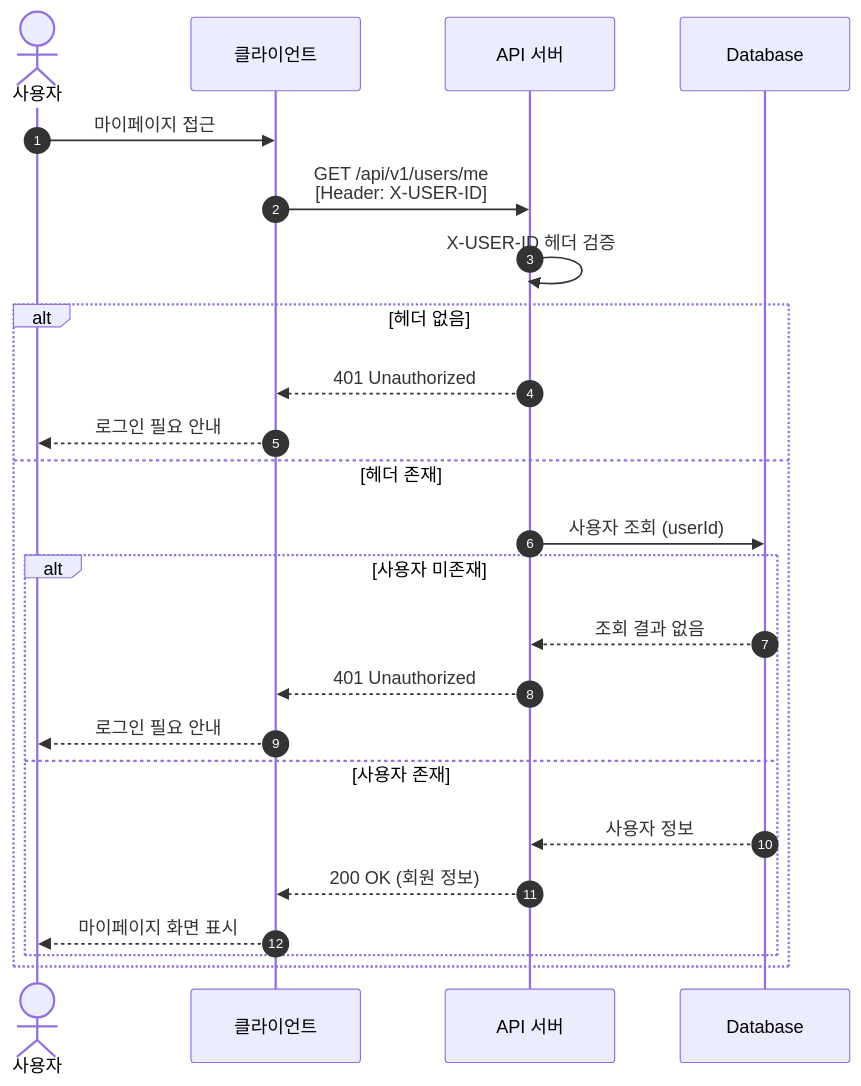
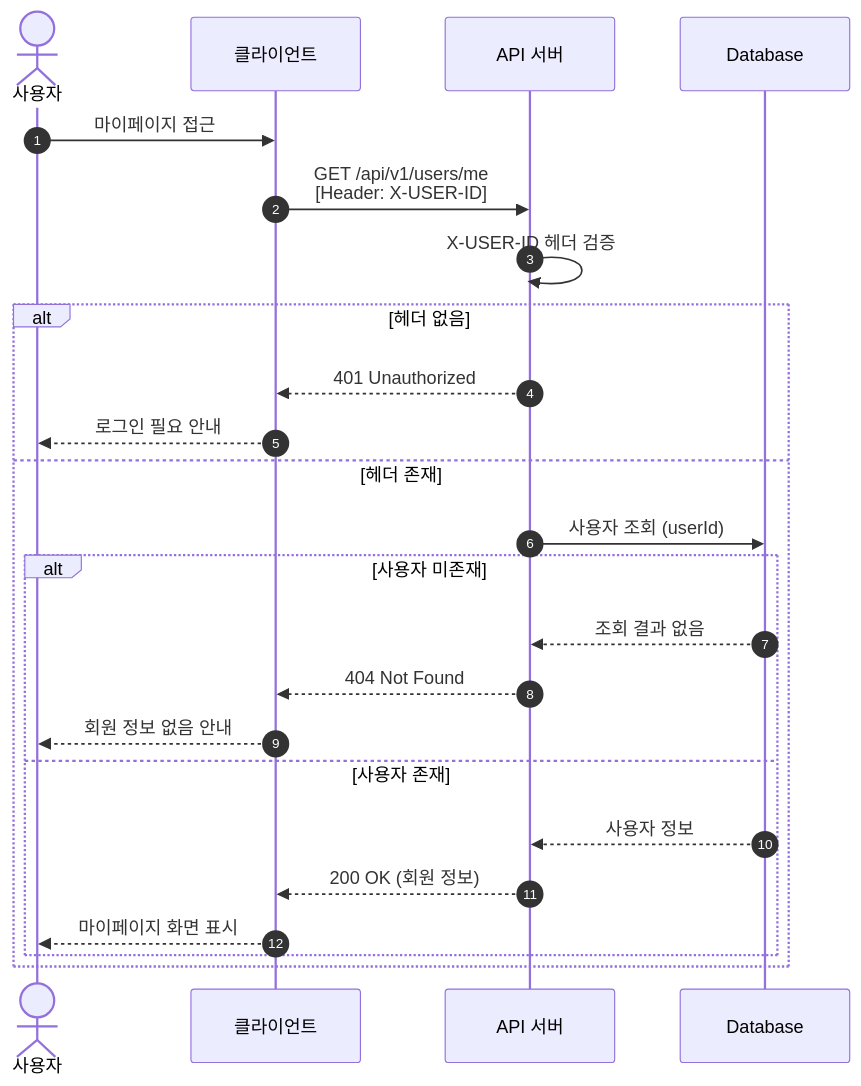
Before and after one commit to yht0827/my-commerce: the second of 13 diagrams in docs/02-sequence-diagrams.md, drawn with Mermaid. The commit also changed 6 other files, not shown here.

````diff
--- a/docs/02-sequence-diagrams.md
+++ b/docs/02-sequence-diagrams.md
@@ -73,30 +73,30 @@
 ```mermaid
 sequenceDiagram
     autonumber
     actor User as 사용자
     participant Client as 클라이언트
     participant Server as API 서버
     participant DB as Database
 
     User->>Client: 마이페이지 접근
     Client->>Server: GET /api/v1/users/me<br/>[Header: X-USER-ID]
 
     Server->>Server: X-USER-ID 헤더 검증
 
     alt 헤더 없음
         Server-->>Client: 401 Unauthorized
         Client-->>User: 로그인 필요 안내
     else 헤더 존재
         Server->>DB: 사용자 조회 (userId)
 
         alt 사용자 미존재
             DB-->>Server: 조회 결과 없음
-            Server-->>Client: 401 Unauthorized
-            Client-->>User: 로그인 필요 안내
+            Server-->>Client: 404 Not Found
+            Client-->>User: 회원 정보 없음 안내
         else 사용자 존재
             DB-->>Server: 사용자 정보
             Server-->>Client: 200 OK (회원 정보)
             Client-->>User: 마이페이지 화면 표시
         end
     end
 ```
````
